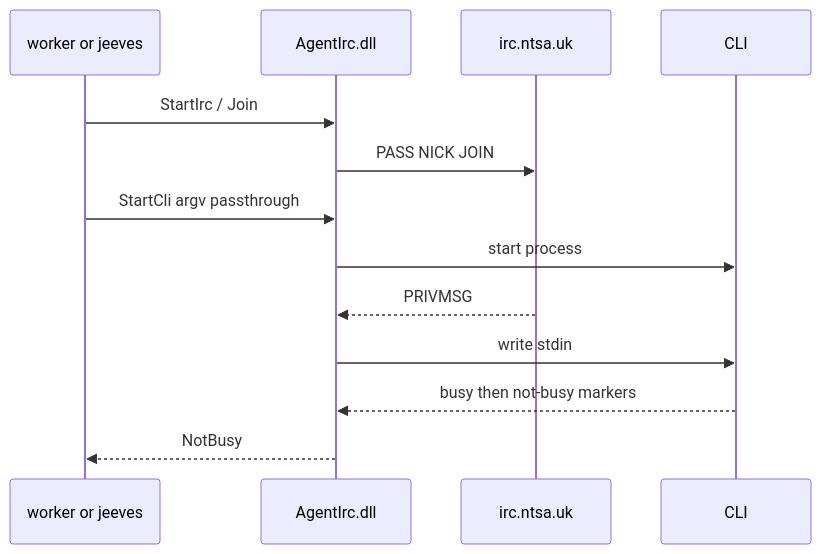
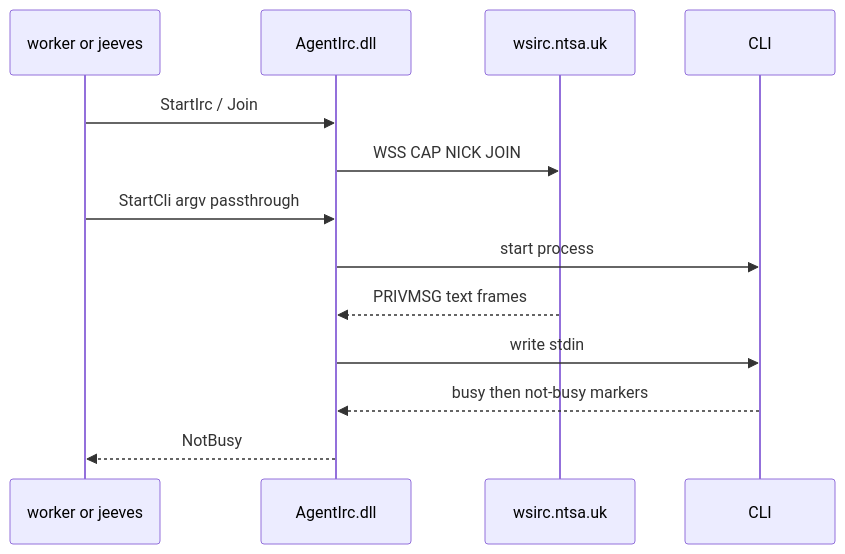
The second of 2 diagrams in bob/docs/feature-request-agentirc-2026-11-25.md (SimonBarnett/bobiverse), drawn with Mermaid before and after one commit. The commit also changed other lines of this file, not shown here.

Commit message:
docs(agentirc): lock WSS wsirc.ntsa.uk:443 transport (Refs #9972 #9974 #9794 #9796)

````diff
--- a/bob/docs/feature-request-agentirc-2026-11-25.md
+++ b/bob/docs/feature-request-agentirc-2026-11-25.md
@@ -57,15 +60,15 @@
 ```mermaid
 sequenceDiagram
   participant Host as worker or jeeves
   participant Dll as AgentIrc.dll
-  participant Net as irc.ntsa.uk
+  participant Ws as wsirc.ntsa.uk
   participant Cli as CLI
   Host->>Dll: StartIrc / Join
-  Dll->>Net: PASS NICK JOIN
+  Dll->>Ws: WSS CAP NICK JOIN
   Host->>Dll: StartCli argv passthrough
   Dll->>Cli: start process
-  Net-->>Dll: PRIVMSG
+  Ws-->>Dll: PRIVMSG text frames
   Dll->>Cli: write stdin
   Cli-->>Dll: busy then not-busy markers
   Dll-->>Host: NotBusy
 ```
````
